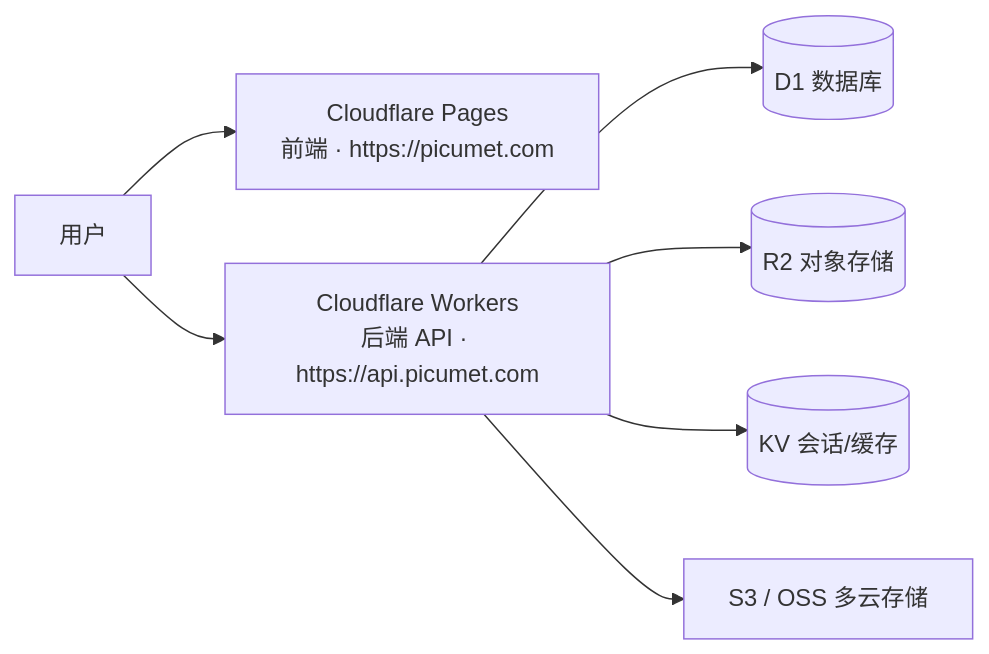
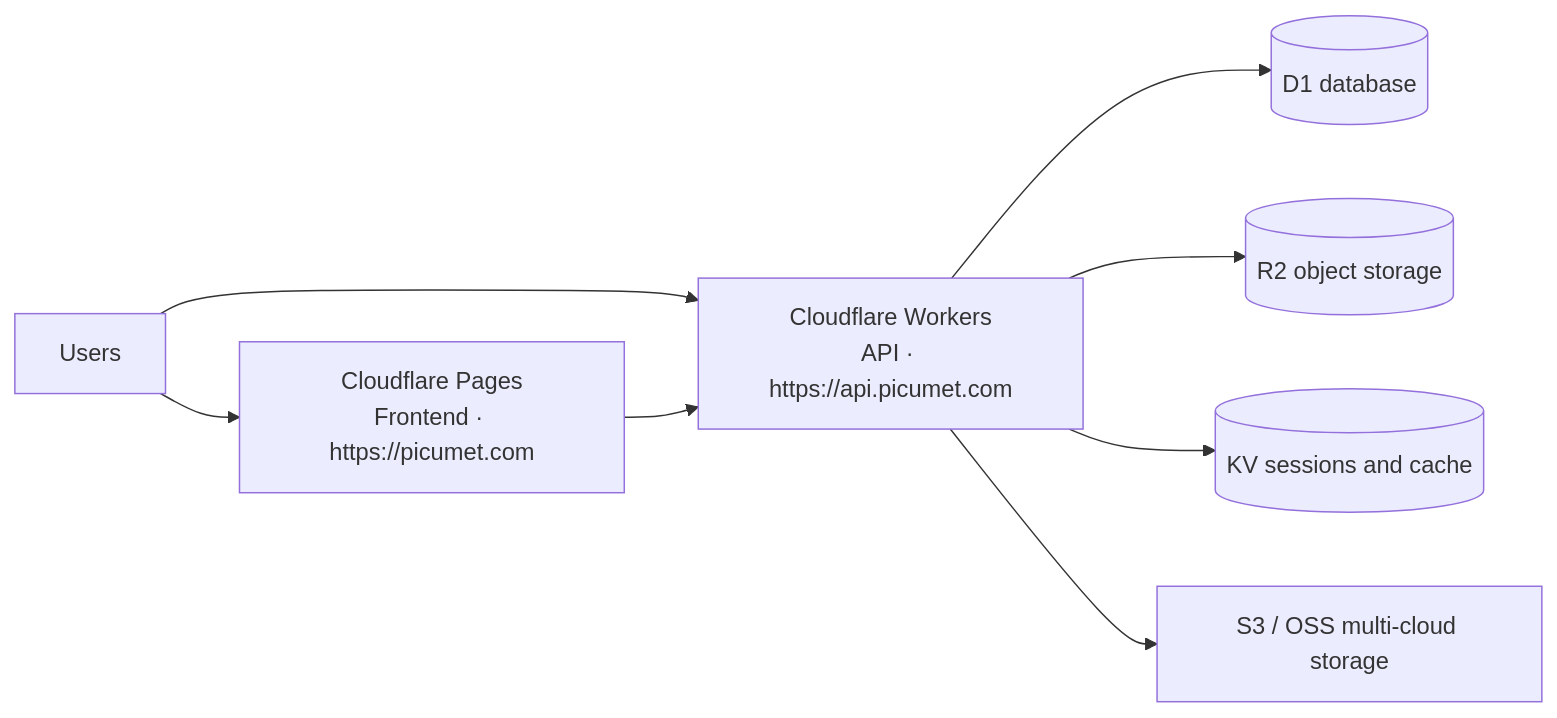
One commit to CelPlume/Picumet changed the diagram in docs/DEPLOYMENT.md. Above: the diagram before and after it, drawn with Mermaid. The commit also changed other lines of this file and 14 other files, not shown here.

````diff
--- a/docs/DEPLOYMENT.md
+++ b/docs/DEPLOYMENT.md
@@ -8,9 +17,10 @@
 ```mermaid
 flowchart LR
-    USER["用户"] --> PAGES["Cloudflare Pages<br/>前端 · https://picumet.com"]
-    USER --> WORKER["Cloudflare Workers<br/>后端 API · https://api.picumet.com"]
-    WORKER --> D1[("D1 数据库")]
-    WORKER --> R2[("R2 对象存储")]
-    WORKER --> KV[("KV 会话/缓存")]
-    WORKER --> S3["S3 / OSS 多云存储"]
+    USER["Users"] --> PAGES["Cloudflare Pages<br/>Frontend · https://picumet.com"]
+    USER --> WORKER["Cloudflare Workers<br/>API · https://api.picumet.com"]
+    WORKER --> D1[("D1 database")]
+    WORKER --> R2[("R2 object storage")]
+    WORKER --> KV[("KV sessions and cache")]
+    WORKER --> S3["S3 / OSS multi-cloud storage"]
+    PAGES --> WORKER
 ```
````
